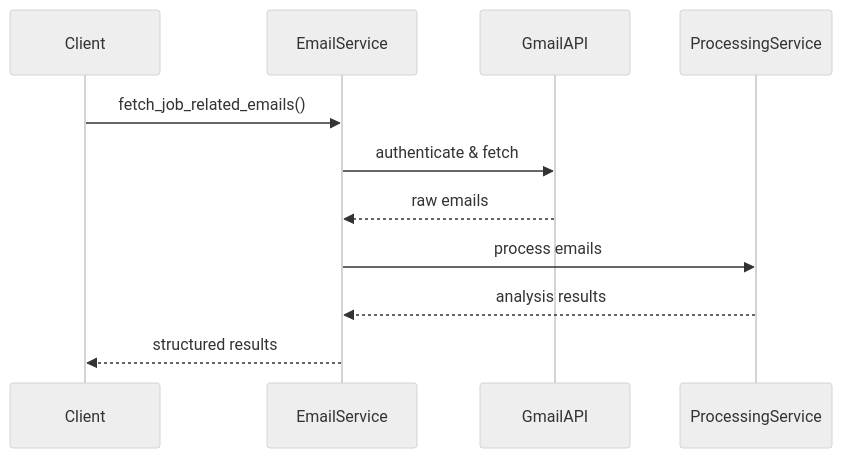
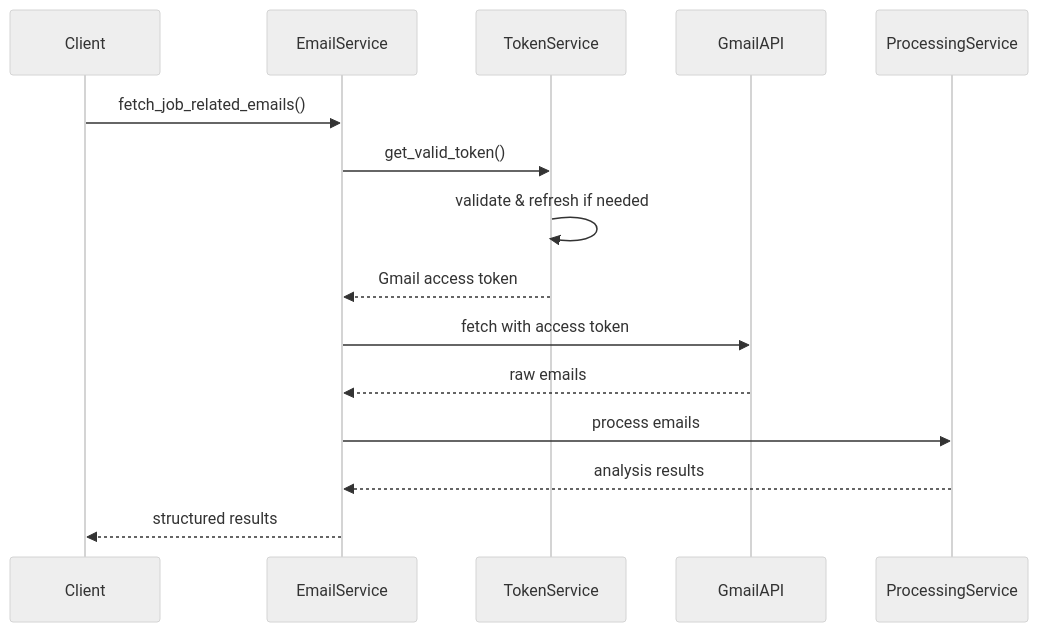
The second of 8 diagrams in data/blog/implementing-email-analysis-with-google-oauth.mdx (Skymore/ruit.me), drawn with Mermaid (neutral theme) before and after one commit. The commit also changed other lines of this file and 5 other files, not shown here.

````diff
--- a/data/blog/implementing-email-analysis-with-google-oauth.mdx
+++ b/data/blog/implementing-email-analysis-with-google-oauth.mdx
@@ -94,14 +137,18 @@
    ```mermaid
    sequenceDiagram
        participant Client
        participant EmailService
+       participant TokenService
        participant GmailAPI
        participant ProcessingService
        
        Client->>EmailService: fetch_job_related_emails()
-       EmailService->>GmailAPI: authenticate & fetch
+       EmailService->>TokenService: get_valid_token()
+       TokenService->>TokenService: validate & refresh if needed
+       TokenService-->>EmailService: Gmail access token
+       EmailService->>GmailAPI: fetch with access token
        GmailAPI-->>EmailService: raw emails
        EmailService->>ProcessingService: process emails
        ProcessingService-->>EmailService: analysis results
        EmailService-->>Client: structured results
    ```
````
